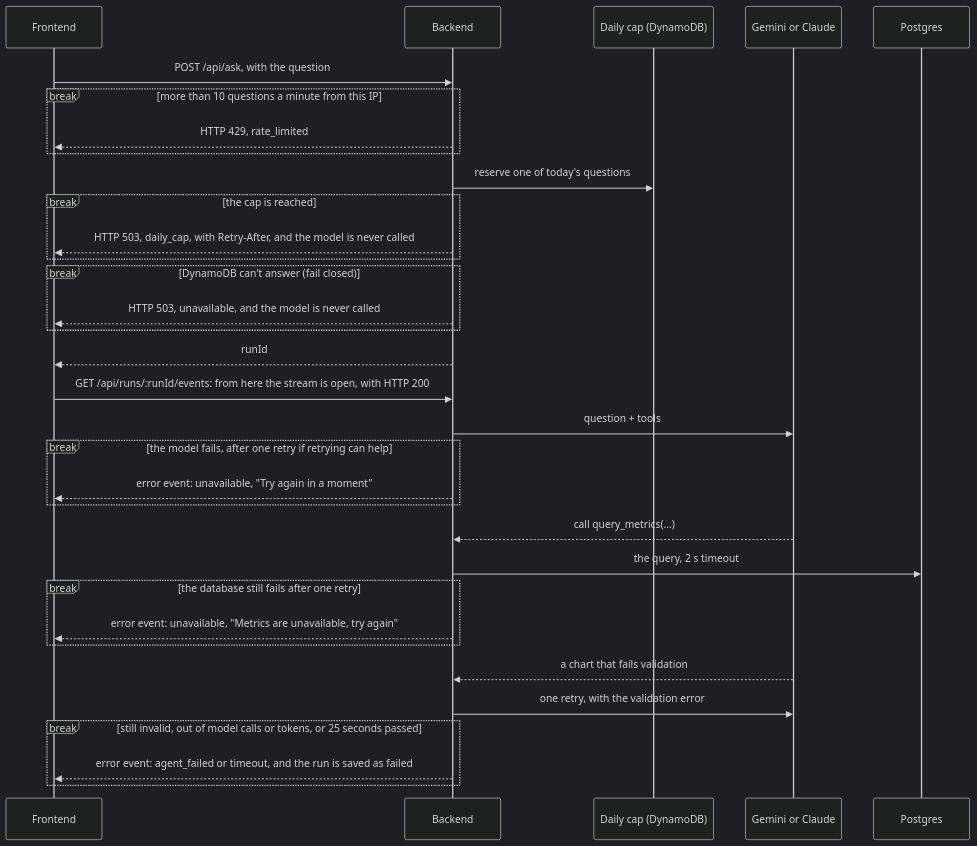
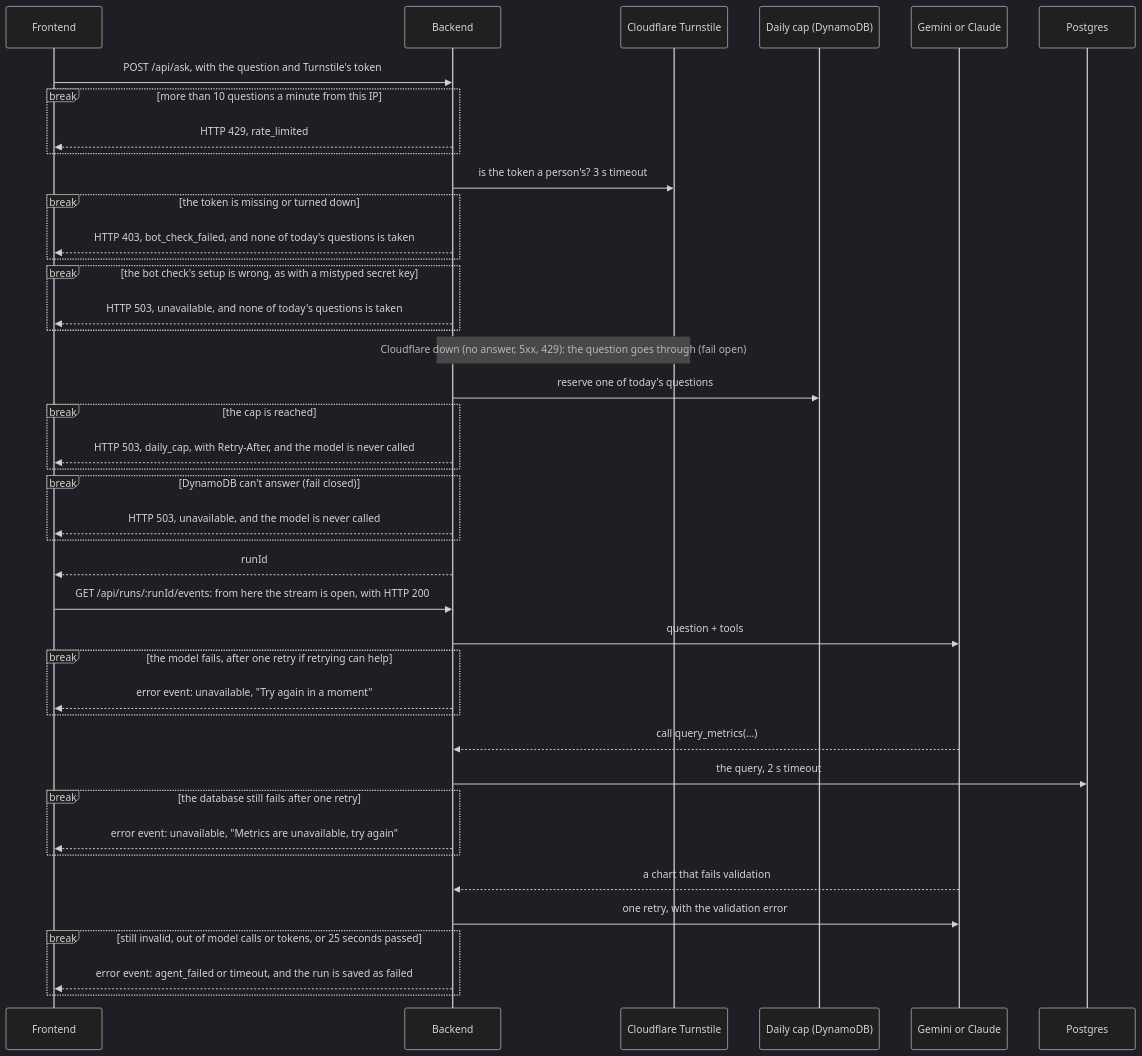
One commit to vovadyach/dashgen changed the fifth of 8 diagrams in docs/design.md. Above: the diagram before and after it, drawn with Mermaid (dark theme). The commit also changed other lines of this file and 43 other files, not shown here.

Commit message:
feat: check that a person asks each question with Cloudflare Turnstile

````diff
--- a/docs/design.md
+++ b/docs/design.md
@@ -233,36 +233,45 @@
 ```mermaid
 sequenceDiagram
     participant F as Frontend
     participant B as Backend
+    participant T as Cloudflare Turnstile
     participant C as Daily cap (DynamoDB)
     participant LLM as Gemini or Claude
     participant DB as Postgres
 
-    F->>B: POST /api/ask, with the question
+    F->>B: POST /api/ask, with the question and Turnstile's token
     break more than 10 questions a minute from this IP
         B-->>F: HTTP 429, rate_limited
     end
+    B->>T: is the token a person's? 3 s timeout
+    break the token is missing or turned down
+        B-->>F: HTTP 403, bot_check_failed, and none of today's questions is taken
+    end
+    break the bot check's setup is wrong, as with a mistyped secret key
+        B-->>F: HTTP 503, unavailable, and none of today's questions is taken
+    end
+    Note over B,T: Cloudflare down (no answer, 5xx, 429): the question goes through (fail open)
     B->>C: reserve one of today's questions
     break the cap is reached
         B-->>F: HTTP 503, daily_cap, with Retry-After, and the model is never called
     end
     break DynamoDB can't answer (fail closed)
         B-->>F: HTTP 503, unavailable, and the model is never called
     end
     B-->>F: runId
     F->>B: GET /api/runs/:runId/events: from here the stream is open, with HTTP 200
     B->>LLM: question + tools
     break the model fails, after one retry if retrying can help
         B-->>F: error event: unavailable, "Try again in a moment"
     end
     LLM-->>B: call query_metrics(...)
     B->>DB: the query, 2 s timeout
     break the database still fails after one retry
         B-->>F: error event: unavailable, "Metrics are unavailable, try again"
     end
     LLM-->>B: a chart that fails validation
     B->>LLM: one retry, with the validation error
     break still invalid, out of model calls or tokens, or 25 seconds passed
         B-->>F: error event: agent_failed or timeout, and the run is saved as failed
     end
 ```
````
